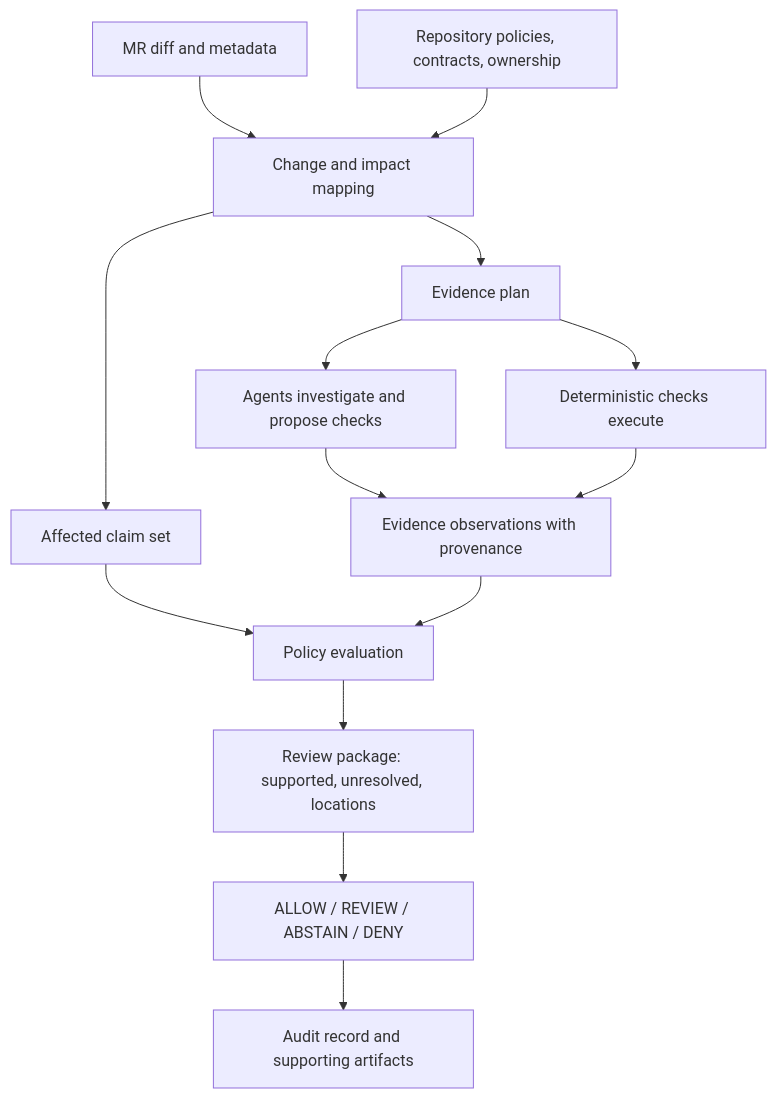
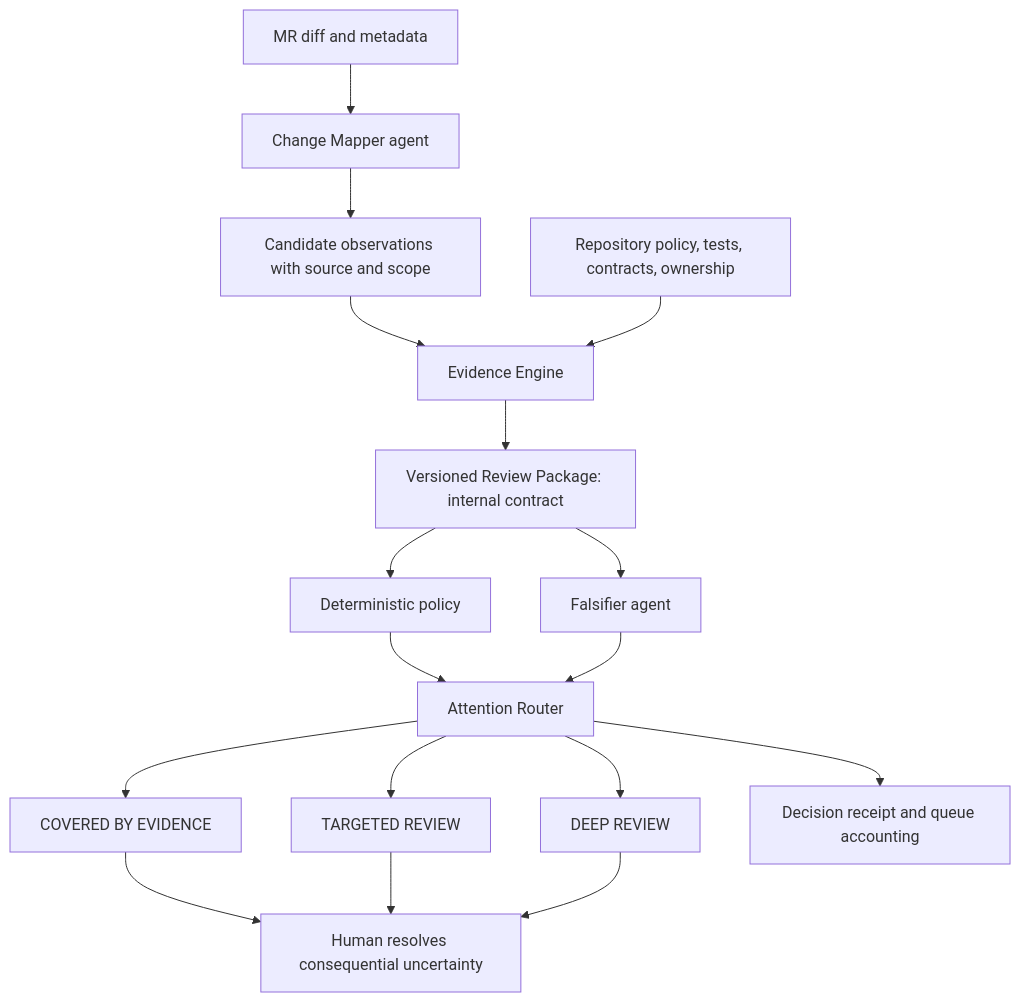
Before and after one commit to annatchijova/to-build-a-fire: the diagram in TECHNICAL_README.md, drawn with Mermaid. The commit also changed other lines of this file and 13 other files, not shown here.

Commit message:
Build Level 1 attention router core

````diff
--- a/TECHNICAL_README.md
+++ b/TECHNICAL_README.md
@@ -15,16 +17,19 @@
 ```mermaid
 flowchart TD
-    DIFF[MR diff and metadata] --> MAPPER[Change and impact mapping]
-    CONTEXT[Repository policies, contracts, ownership] --> MAPPER
-    MAPPER --> CLAIMS[Affected claim set]
-    MAPPER --> PLAN[Evidence plan]
-    PLAN --> AGENT[Agents investigate and propose checks]
-    PLAN --> EXEC[Deterministic checks execute]
-    AGENT --> OBS[Evidence observations with provenance]
-    EXEC --> OBS
-    CLAIMS --> EVAL[Policy evaluation]
-    OBS --> EVAL
-    EVAL --> PKG[Review package: supported, unresolved, locations]
-    PKG --> GATE[ALLOW / REVIEW / ABSTAIN / DENY]
-    GATE --> ARCHIVE[Audit record and supporting artifacts]
+    DIFF[MR diff and metadata] --> MAPPER[Change Mapper agent]
+    MAPPER --> CANDIDATE[Candidate observations with source and scope]
+    CANDIDATE --> ENGINE[Evidence Engine]
+    CONTEXT[Repository policy, tests, contracts, ownership] --> ENGINE
+    ENGINE --> PKG[Versioned Review Package: internal contract]
+    PKG --> POLICY[Deterministic policy]
+    PKG --> FALSIFIER[Falsifier agent]
+    POLICY --> ROUTER[Attention Router]
+    FALSIFIER --> ROUTER
+    ROUTER --> COVERED[COVERED BY EVIDENCE]
+    ROUTER --> TARGET[TARGETED REVIEW]
+    ROUTER --> DEEP[DEEP REVIEW]
+    ROUTER --> RECORD[Decision receipt and queue accounting]
+    COVERED --> HUMAN[Human resolves consequential uncertainty]
+    TARGET --> HUMAN
+    DEEP --> HUMAN
 ```
````
